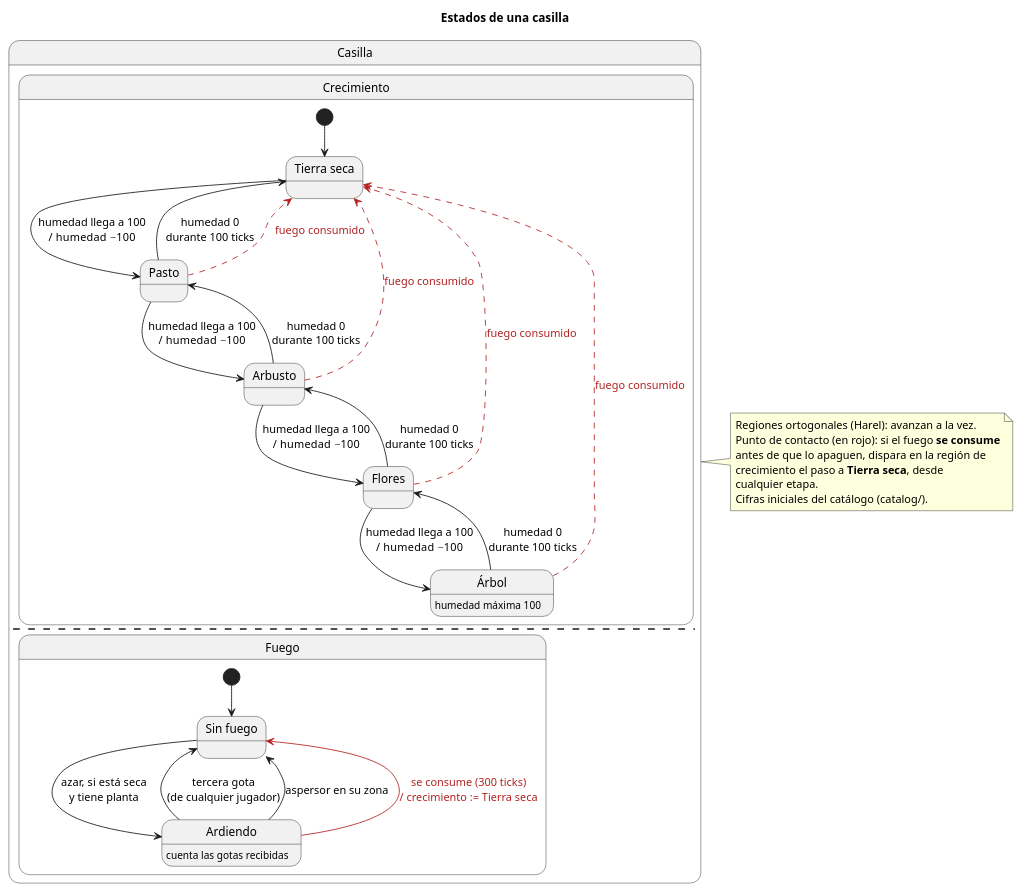
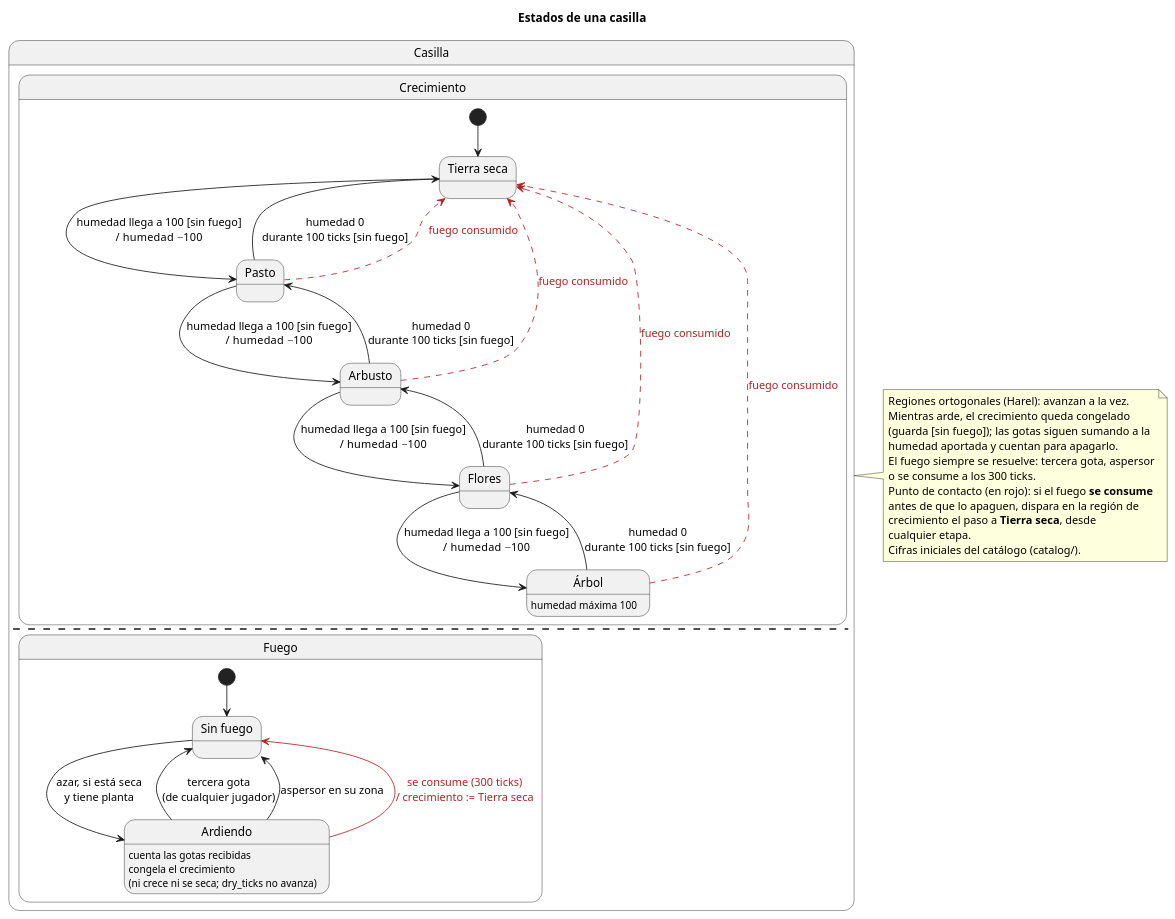
Before and after one commit to iadev2005/hydrovalley: the diagram in docs/diagrams/05-estados-casilla.puml, drawn with PlantUML. The commit also changed 5 other files, not shown here.

```diff
--- a/docs/diagrams/05-estados-casilla.puml
+++ b/docs/diagrams/05-estados-casilla.puml
@@ -1,50 +1,56 @@
 @startuml 05-estados-casilla
 title Estados de una casilla
 
 state Casilla {
   state "Crecimiento" as Crecimiento {
     state "Tierra seca" as Seca
     state "Pasto" as Pasto
     state "Arbusto" as Arbusto
     state "Flores" as Flores
     state "Árbol" as Arbol
     Arbol : humedad máxima 100
 
     [*] --> Seca
-    Seca --> Pasto : humedad llega a 100\n/ humedad −100
-    Pasto --> Arbusto : humedad llega a 100\n/ humedad −100
-    Arbusto --> Flores : humedad llega a 100\n/ humedad −100
-    Flores --> Arbol : humedad llega a 100\n/ humedad −100
-    Arbol --> Flores : humedad 0\ndurante 100 ticks
-    Flores --> Arbusto : humedad 0\ndurante 100 ticks
-    Arbusto --> Pasto : humedad 0\ndurante 100 ticks
-    Pasto --> Seca : humedad 0\ndurante 100 ticks
+    Seca --> Pasto : humedad llega a 100 [sin fuego]\n/ humedad −100
+    Pasto --> Arbusto : humedad llega a 100 [sin fuego]\n/ humedad −100
+    Arbusto --> Flores : humedad llega a 100 [sin fuego]\n/ humedad −100
+    Flores --> Arbol : humedad llega a 100 [sin fuego]\n/ humedad −100
+    Arbol --> Flores : humedad 0\ndurante 100 ticks [sin fuego]
+    Flores --> Arbusto : humedad 0\ndurante 100 ticks [sin fuego]
+    Arbusto --> Pasto : humedad 0\ndurante 100 ticks [sin fuego]
+    Pasto --> Seca : humedad 0\ndurante 100 ticks [sin fuego]
     Pasto -[#B22222,dashed]-> Seca : <color:#B22222>fuego consumido</color>
     Arbusto -[#B22222,dashed]-> Seca : <color:#B22222>fuego consumido</color>
     Flores -[#B22222,dashed]-> Seca : <color:#B22222>fuego consumido</color>
     Arbol -[#B22222,dashed]-> Seca : <color:#B22222>fuego consumido</color>
   }
   --
   state "Fuego" as Fuego {
     state "Sin fuego" as SinFuego
     state "Ardiendo" as Ardiendo
     Ardiendo : cuenta las gotas recibidas
+    Ardiendo : congela el crecimiento\n(ni crece ni se seca; dry_ticks no avanza)
 
     [*] --> SinFuego
     SinFuego --> Ardiendo : azar, si está seca\ny tiene planta
     Ardiendo --> SinFuego : tercera gota\n(de cualquier jugador)
     Ardiendo --> SinFuego : aspersor en su zona
     Ardiendo -[#B22222]-> SinFuego : <color:#B22222>se consume (300 ticks)</color>\n<color:#B22222>/ crecimiento := Tierra seca</color>
   }
 }
 
 note right of Casilla
   Regiones ortogonales (Harel): avanzan a la vez.
+  Mientras arde, el crecimiento queda congelado
+  (guarda [sin fuego]); las gotas siguen sumando a la
+  humedad aportada y cuentan para apagarlo.
+  El fuego siempre se resuelve: tercera gota, aspersor
+  o se consume a los 300 ticks.
   Punto de contacto (en rojo): si el fuego <b>se consume</b>
   antes de que lo apaguen, dispara en la región de
   crecimiento el paso a <b>Tierra seca</b>, desde
   cualquier etapa.
   Cifras iniciales del catálogo (catalog/).
 end note
 
 @enduml
```
